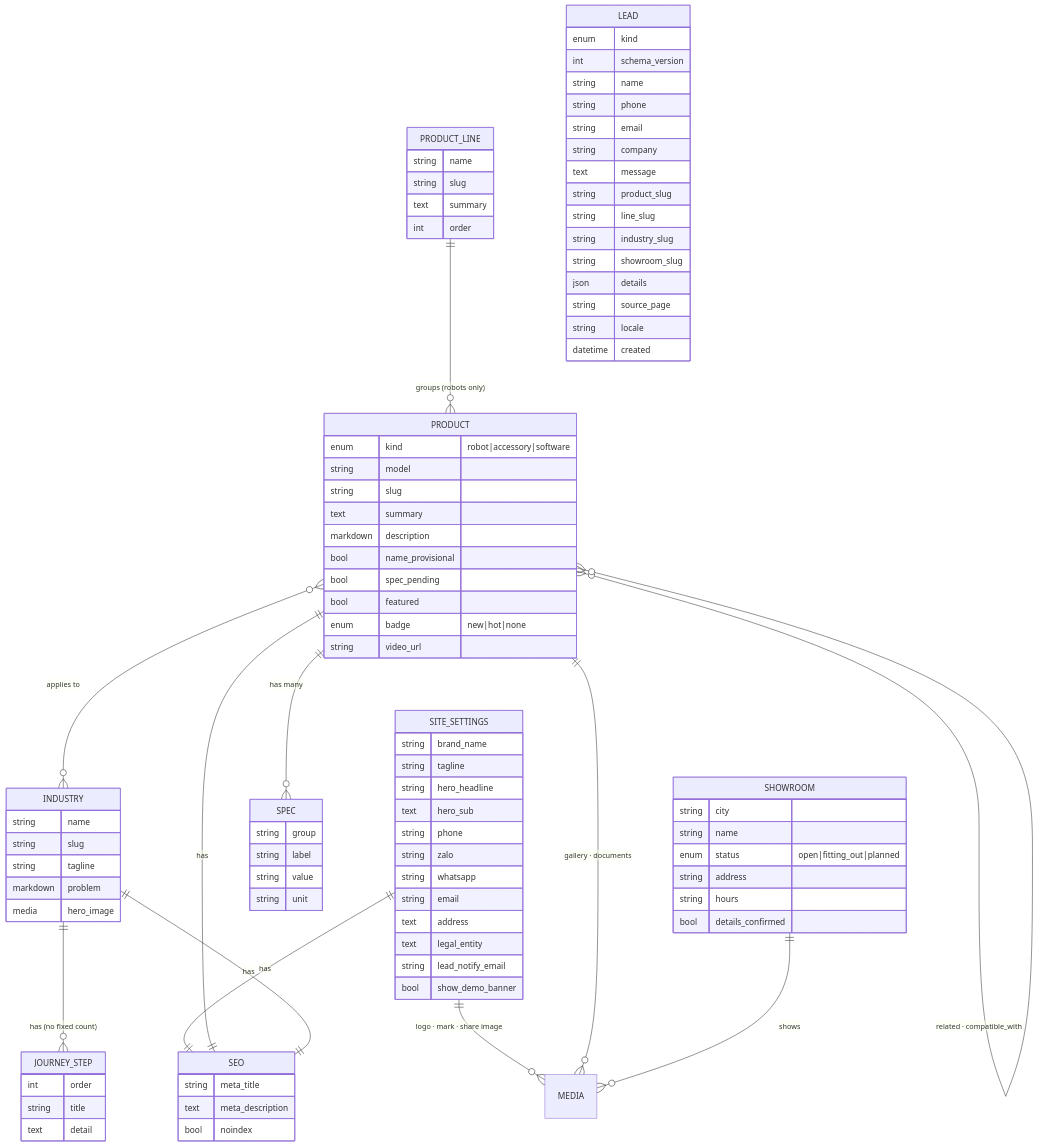
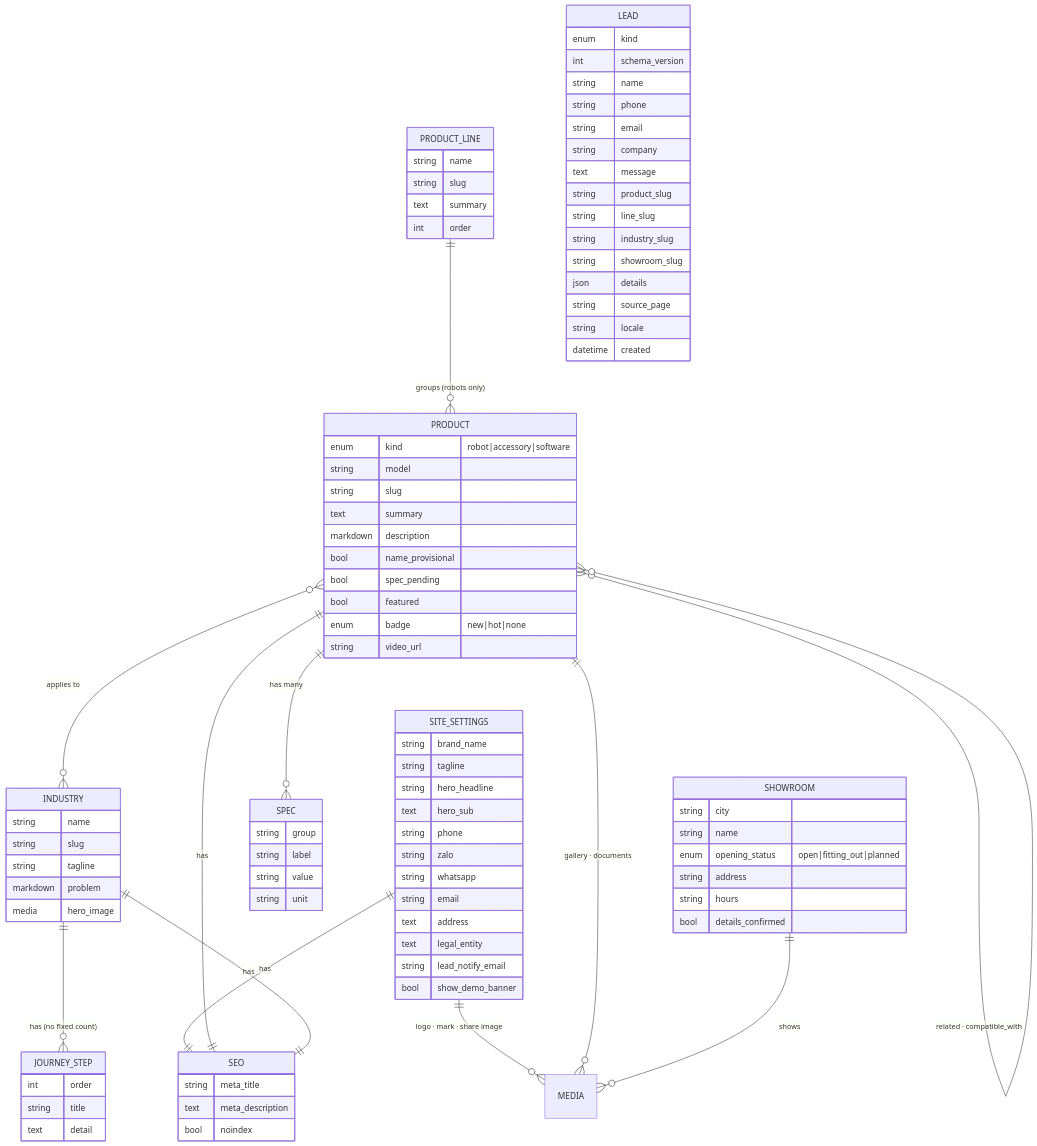
Before and after one commit to ancJ29/v-robotic: the fifth of 6 diagrams in docs/architecture.md, drawn with Mermaid. The commit also changed other lines of this file and 30 other files, not shown here.

```diff
--- a/docs/architecture.md
+++ b/docs/architecture.md
@@ -417,7 +417,7 @@
     SHOWROOM {
         string city
         string name
-        enum status "open|fitting_out|planned"
+        enum opening_status "open|fitting_out|planned"
         string address
         string hours
         bool details_confirmed
```
